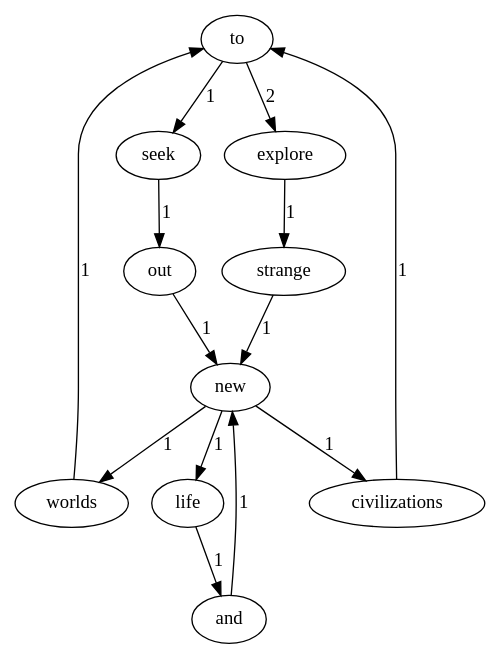
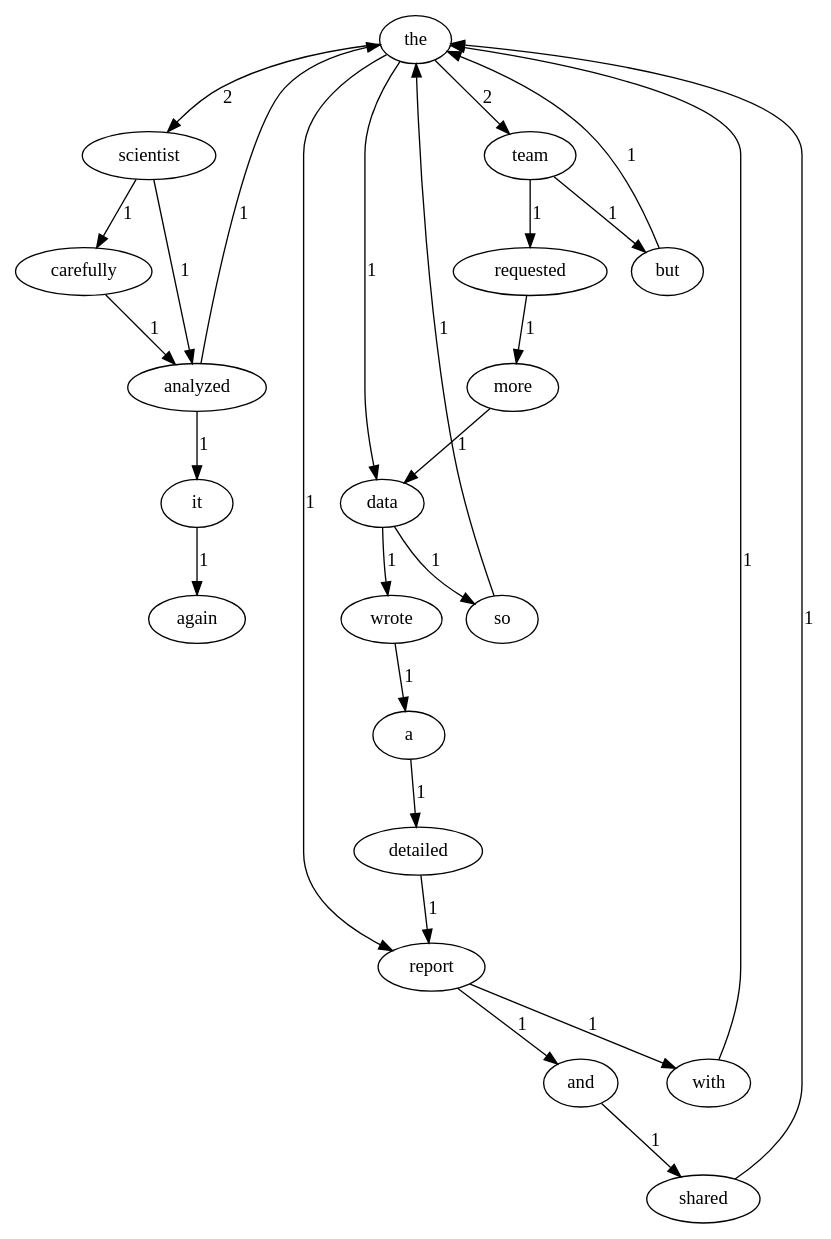
The diagram in graph.dot (FangNya/Lab1-2022111225), drawn with Graphviz before and after one commit. The commit also changed 23 other files, not shown here.

```diff
--- a/graph.dot
+++ b/graph.dot
@@ -1,15 +1,28 @@
 digraph G {
-  "to" -> "seek" [label="1"];
-  "to" -> "explore" [label="2"];
-  "seek" -> "out" [label="1"];
-  "out" -> "new" [label="1"];
-  "new" -> "life" [label="1"];
-  "new" -> "worlds" [label="1"];
-  "new" -> "civilizations" [label="1"];
-  "life" -> "and" [label="1"];
-  "and" -> "new" [label="1"];
-  "worlds" -> "to" [label="1"];
-  "explore" -> "strange" [label="1"];
-  "strange" -> "new" [label="1"];
-  "civilizations" -> "to" [label="1"];
+  "the" -> "scientist" [label="2"];
+  "the" -> "data" [label="1"];
+  "the" -> "report" [label="1"];
+  "the" -> "team" [label="2"];
+  "scientist" -> "carefully" [label="1"];
+  "scientist" -> "analyzed" [label="1"];
+  "carefully" -> "analyzed" [label="1"];
+  "analyzed" -> "the" [label="1"];
+  "analyzed" -> "it" [label="1"];
+  "data" -> "wrote" [label="1"];
+  "data" -> "so" [label="1"];
+  "wrote" -> "a" [label="1"];
+  "a" -> "detailed" [label="1"];
+  "detailed" -> "report" [label="1"];
+  "report" -> "and" [label="1"];
+  "report" -> "with" [label="1"];
+  "and" -> "shared" [label="1"];
+  "shared" -> "the" [label="1"];
+  "with" -> "the" [label="1"];
+  "team" -> "but" [label="1"];
+  "team" -> "requested" [label="1"];
+  "but" -> "the" [label="1"];
+  "requested" -> "more" [label="1"];
+  "more" -> "data" [label="1"];
+  "so" -> "the" [label="1"];
+  "it" -> "again" [label="1"];
 }
```
